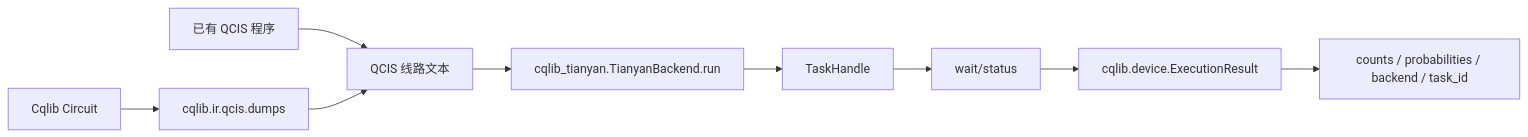
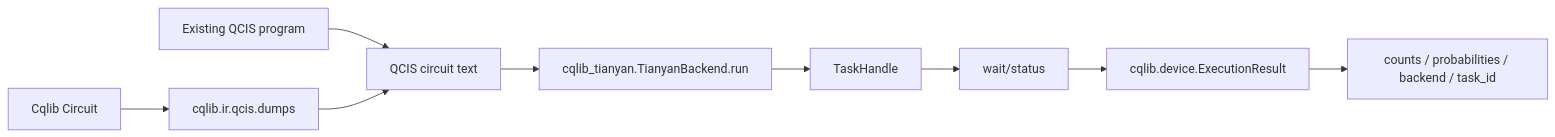
Before and after one commit to 1734/cqlib: the first of 2 diagrams in docs/documentation/en/1_cqlib/7_tianyan/0_overview.md, drawn with Mermaid. The commit also changed other lines of this file and 32 other files, not shown here.

````diff
--- a/docs/documentation/en/1_cqlib/7_tianyan/0_overview.md
+++ b/docs/documentation/en/1_cqlib/7_tianyan/0_overview.md
@@ -7,11 +7,11 @@
 ```mermaid
 flowchart LR
     A["Cqlib Circuit"] --> B["cqlib.ir.qcis.dumps"]
-    C["已有 QCIS 程序"] --> D["QCIS 线路文本"]
+    C["Existing QCIS program"] --> D["QCIS circuit text"]
     B --> D
     D --> E["cqlib_tianyan.TianyanBackend.run"]
     E --> F["TaskHandle"]
     F --> G["wait/status"]
     G --> H["cqlib.device.ExecutionResult"]
     H --> I["counts / probabilities / backend / task_id"]
 ```
````
